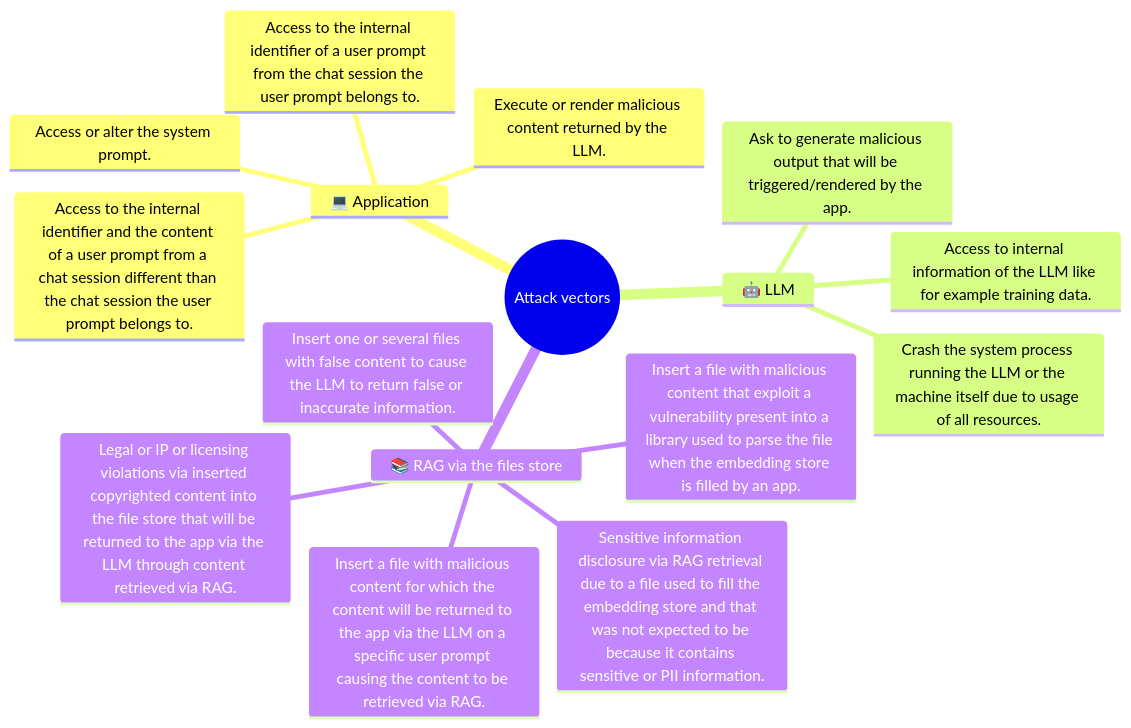
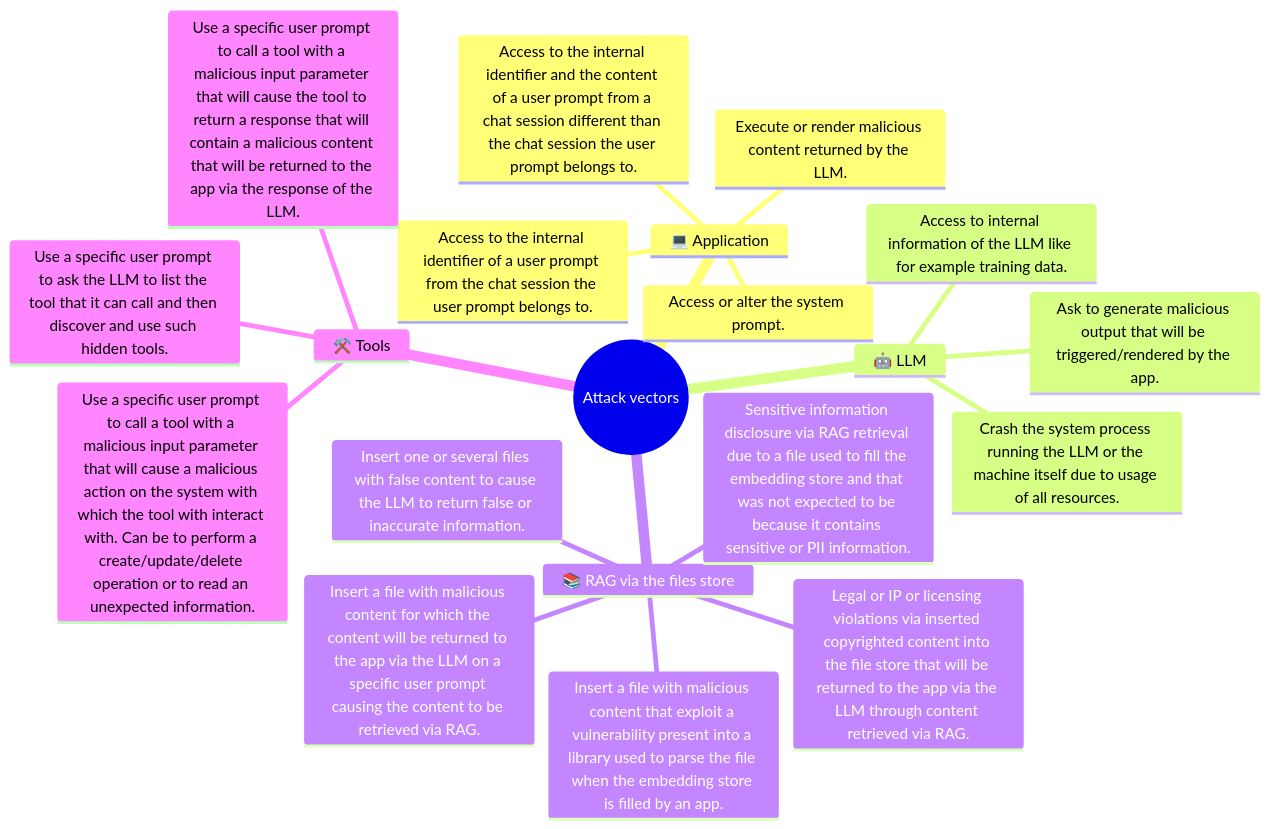
The diagram in README.md (righettod/poc-llm), drawn with Mermaid before and after one commit. The commit also changed other lines of this file and 18 other files, not shown here.

````diff
--- a/README.md
+++ b/README.md
@@ -51,19 +51,24 @@
 ```mermaid
 mindmap
   root((Attack vectors))
     💻 Application
         Access or alter the system prompt.
         Execute or render malicious content returned by the LLM.
         Access to the internal identifier of a user prompt from the chat session the user prompt belongs to.
         Access to the internal identifier and the content of a user prompt from a chat session different than the chat session the user prompt belongs to.
     🤖 LLM
         Access to internal information of the LLM like for example training data.
         Ask to generate malicious output that will be triggered/rendered by the app.
         Crash the system process running the LLM or the machine itself due to usage of all resources.
     📚 RAG via the files store
         Insert a file with malicious content for which the content will be returned to the app via the LLM on a specific user prompt causing the content to be retrieved via RAG.
         Insert a file with malicious content that exploit a vulnerability present into a library used to parse the file when the embedding store is filled by an app.
         Sensitive information disclosure via RAG retrieval due to a file used to fill the embedding store and that was not expected to be because it contains sensitive or PII information.
         Insert one or several files with false content to cause the LLM to return false or inaccurate information.
         Legal or IP or licensing violations via inserted copyrighted content into the file store that will be returned to the app via the LLM through content retrieved via RAG.
+    ⚒️ Tools
+        Use a specific user prompt to call a tool with a malicious input parameter that will cause a malicious action on the system with which the tool with interact with. Can be to perform a create/update/delete operation or to read an unexpected information.
+        Use a specific user prompt to call a tool with a malicious input parameter that will cause the tool to return a response that will contain a malicious content that will be returned to the app via the response of the LLM.
+        Use a specific user prompt to ask the LLM to list the tool that it can call and then discover and use such hidden tools.
+
 ```
````
